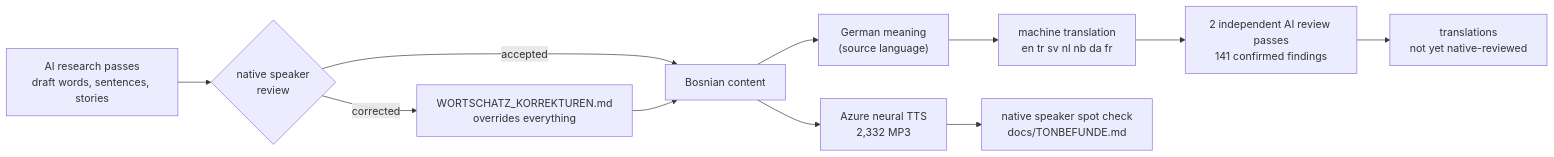
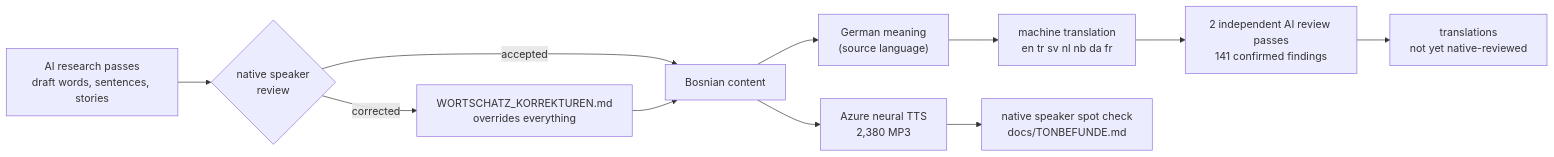
One commit to zmaj-lernapp/zmaj changed the second of 2 diagrams in data/DATASHEET.md. Above: the diagram before and after it, drawn with Mermaid. The commit also changed other lines of this file and 73 other files, not shown here.

````diff
--- a/data/DATASHEET.md
+++ b/data/DATASHEET.md
@@ -90,13 +90,13 @@
 ```mermaid
 flowchart LR
   R["AI research passes<br/>draft words, sentences, stories"] --> N{"native speaker<br/>review"}
   N -- corrected --> K["WORTSCHATZ_KORREKTUREN.md<br/>overrides everything"]
   N -- accepted --> B[Bosnian content]
   K --> B
   B --> DE["German meaning<br/>(source language)"]
   DE --> MT["machine translation<br/>en tr sv nl nb da fr"]
   MT --> AI["2 independent AI review passes<br/>141 confirmed findings"]
   AI --> T["translations<br/>not yet native-reviewed"]
-  B --> TTS["Azure neural TTS<br/>2,332 MP3"]
+  B --> TTS["Azure neural TTS<br/>2,380 MP3"]
   TTS --> H["native speaker spot check<br/>docs/TONBEFUNDE.md"]
 ```
````
